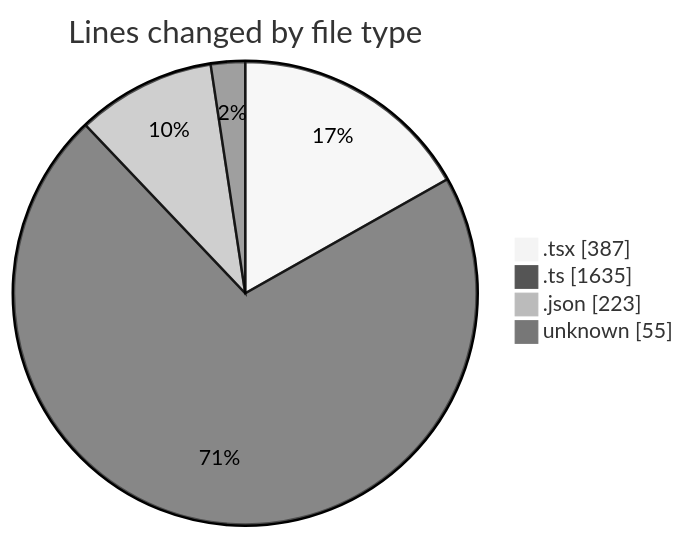
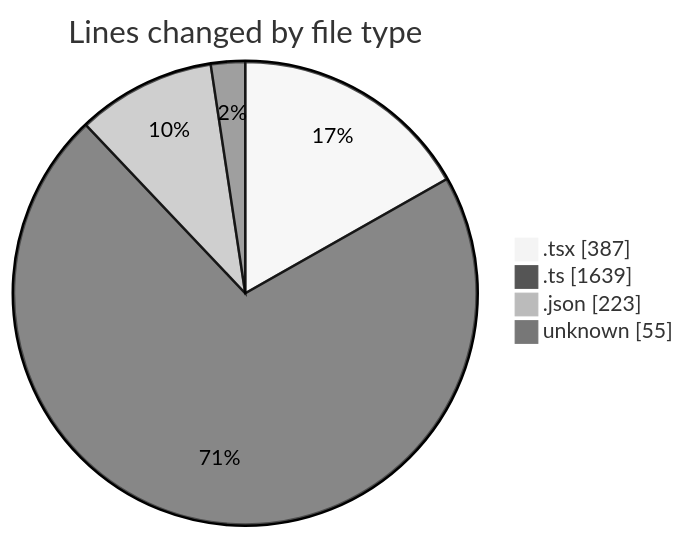
One commit to momahboobian/code-tracking changed the first of 2 diagrams in 2025-10-21/cda/README.md. Above: the diagram before and after it, drawn with Mermaid (neutral theme). The commit also changed other lines of this file and 1 other file, not shown here.

````diff
--- a/2025-10-21/cda/README.md
+++ b/2025-10-21/cda/README.md
@@ -30,8 +30,8 @@
 ```mermaid
 pie showData
 title Lines changed by file type
 ".tsx" : 387
-".ts" : 1635
+".ts" : 1639
 ".json" : 223
 "unknown" : 55
 ```
````
